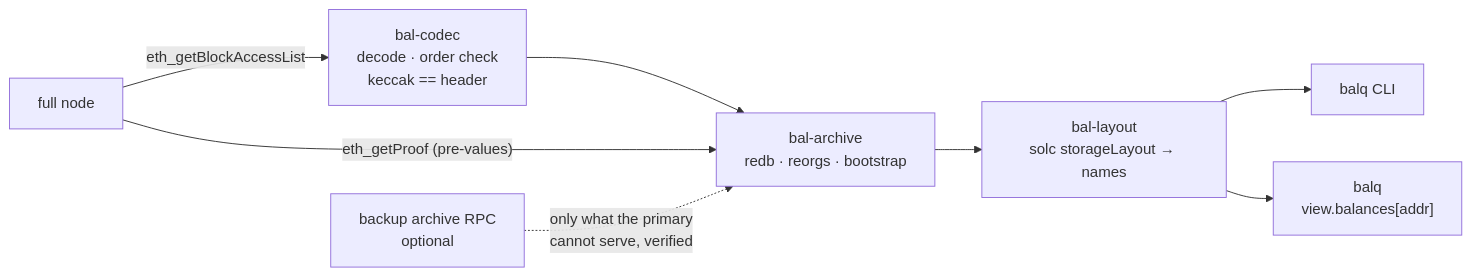
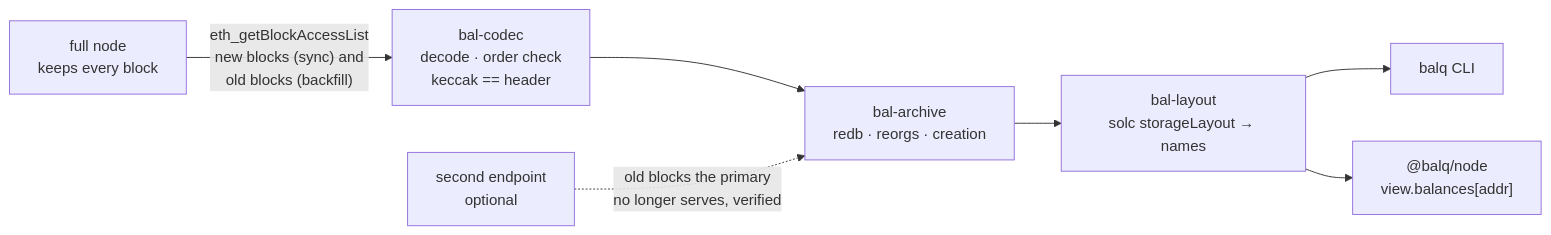
The diagram in README.md (artemmartyhin/balq), drawn with Mermaid before and after one commit. The commit also changed other lines of this file and 28 other files, not shown here.

Commit message:
0.2.0: backfill from older BALs, creation settles pre-values, proofs opt-in, CLI cleanup

````diff
--- a/README.md
+++ b/README.md
@@ -94,10 +96,9 @@
 ```mermaid
 flowchart LR
-    N[full node] -- "eth_getBlockAccessList" --> C[bal-codec<br/>decode · order check<br/>keccak == header]
-    C --> A[bal-archive<br/>redb · reorgs · bootstrap]
-    N -- "eth_getProof (pre-values)" --> A
-    B[backup archive RPC<br/>optional] -. "only what the primary<br/>cannot serve, verified" .-> A
+    N[full node<br/>keeps every block] -- "eth_getBlockAccessList<br/>new blocks (sync) and<br/>old blocks (backfill)" --> C[bal-codec<br/>decode · order check<br/>keccak == header]
+    C --> A[bal-archive<br/>redb · reorgs · creation]
+    B[second endpoint<br/>optional] -. "old blocks the primary<br/>no longer serves, verified" .-> A
     A --> L[bal-layout<br/>solc storageLayout → names]
     L --> CLI[balq CLI]
-    L --> JS["balq<br/>view.balances[addr]"]
+    L --> JS["@balq/node<br/>view.balances[addr]"]
 ```
````
